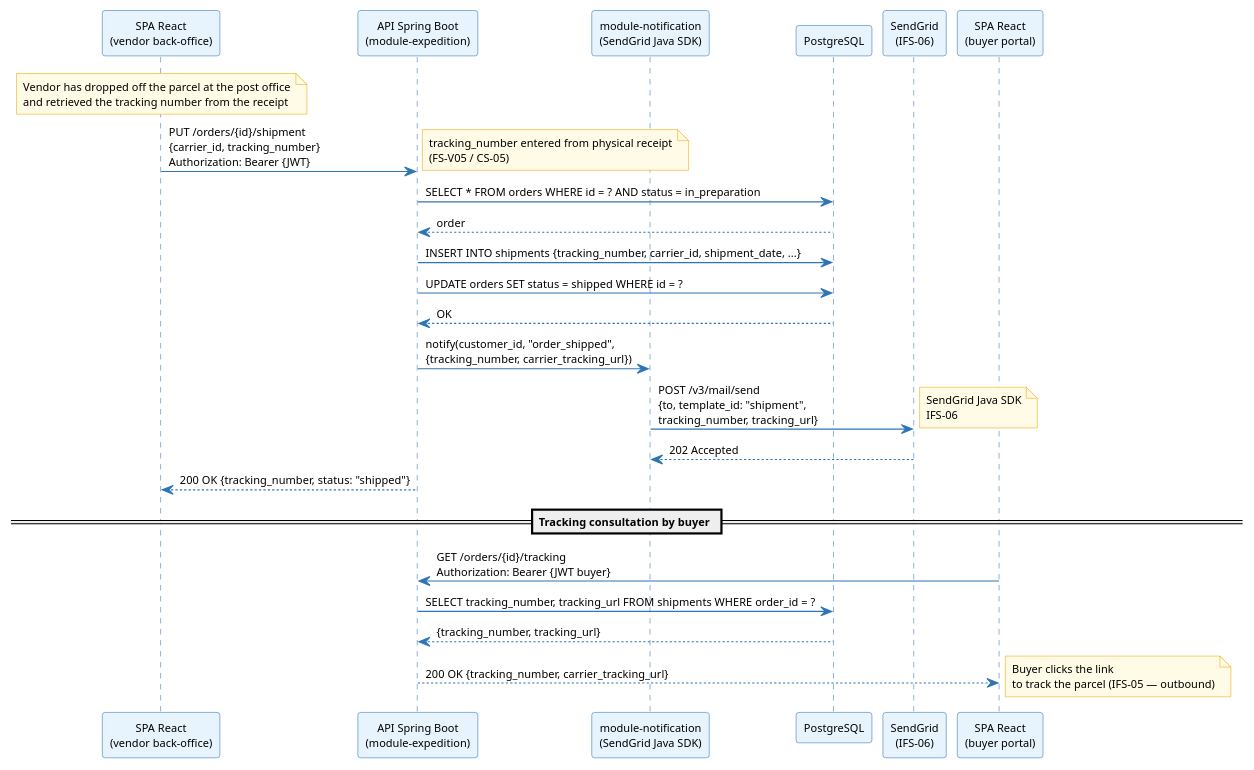
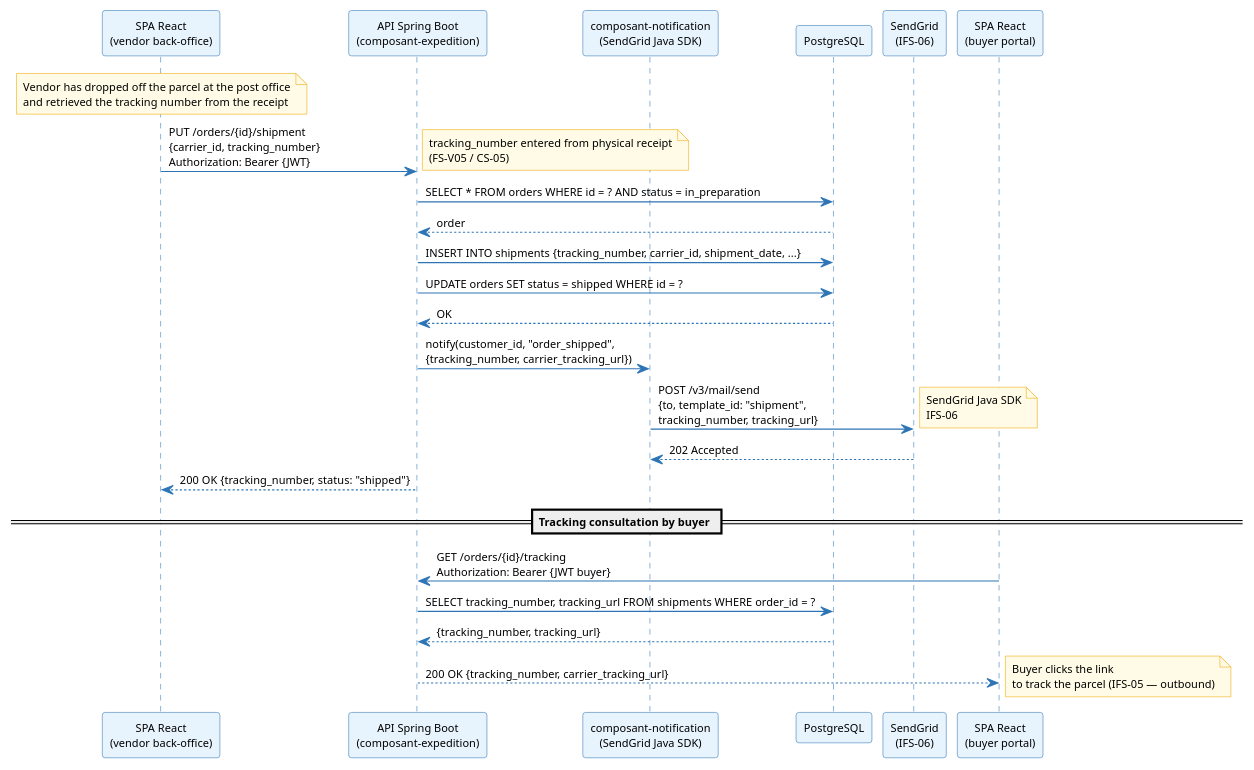
Before and after one commit to louistalvande/online_shop: the fourth of 42 diagrams in architecture/04-physical-architecture/pa.adoc, drawn with PlantUML. The commit also changed other lines of this file and 5 other files, not shown here.

```diff
--- a/architecture/04-physical-architecture/pa.adoc
+++ b/architecture/04-physical-architecture/pa.adoc
@@ -425,43 +432,43 @@
 [plantuml, pa-sequence-expedition, svg]
 ----
 skinparam sequenceArrowColor #2E75B6
 skinparam sequenceParticipantBackgroundColor #E8F4FD
 skinparam sequenceParticipantBorderColor #2E75B6
 skinparam sequenceLifeLineBorderColor #2E75B6
 skinparam noteBorderColor #F0A500
 skinparam noteBackgroundColor #FFFBE6
 skinparam defaultFontSize 10
 
 participant "SPA React\n(vendor back-office)" as SPA
-participant "API Spring Boot\n(module-expedition)" as API
-participant "module-notification\n(SendGrid Java SDK)" as NotifMod
+participant "API Spring Boot\n(composant-expedition)" as API
+participant "composant-notification\n(SendGrid Java SDK)" as NotifMod
 participant "PostgreSQL" as PG
 participant "SendGrid\n(IFS-06)" as Mail
 
 note over SPA : Vendor has dropped off the parcel at the post office\nand retrieved the tracking number from the receipt
 
 SPA -> API : PUT /orders/{id}/shipment\n{carrier_id, tracking_number}\nAuthorization: Bearer {JWT}
 note right : tracking_number entered from physical receipt\n(FS-V05 / CS-05)
 
 API -> PG : SELECT * FROM orders WHERE id = ? AND status = in_preparation
 PG --> API : order
 
 API -> PG : INSERT INTO shipments {tracking_number, carrier_id, shipment_date, ...}
 API -> PG : UPDATE orders SET status = shipped WHERE id = ?
 PG --> API : OK
 
 API -> NotifMod : notify(customer_id, "order_shipped",\n{tracking_number, carrier_tracking_url})
 NotifMod -> Mail : POST /v3/mail/send\n{to, template_id: "shipment",\ntracking_number, tracking_url}
 note right : SendGrid Java SDK\nIFS-06
 Mail --> NotifMod : 202 Accepted
 
 API --> SPA : 200 OK {tracking_number, status: "shipped"}
 
 == Tracking consultation by buyer ==
 participant "SPA React\n(buyer portal)" as SPABuyer
 SPABuyer -> API : GET /orders/{id}/tracking\nAuthorization: Bearer {JWT buyer}
 API -> PG : SELECT tracking_number, tracking_url FROM shipments WHERE order_id = ?
 PG --> API : {tracking_number, tracking_url}
 API --> SPABuyer : 200 OK {tracking_number, carrier_tracking_url}
 note right : Buyer clicks the link\nto track the parcel (IFS-05 — outbound)
 ----
```
